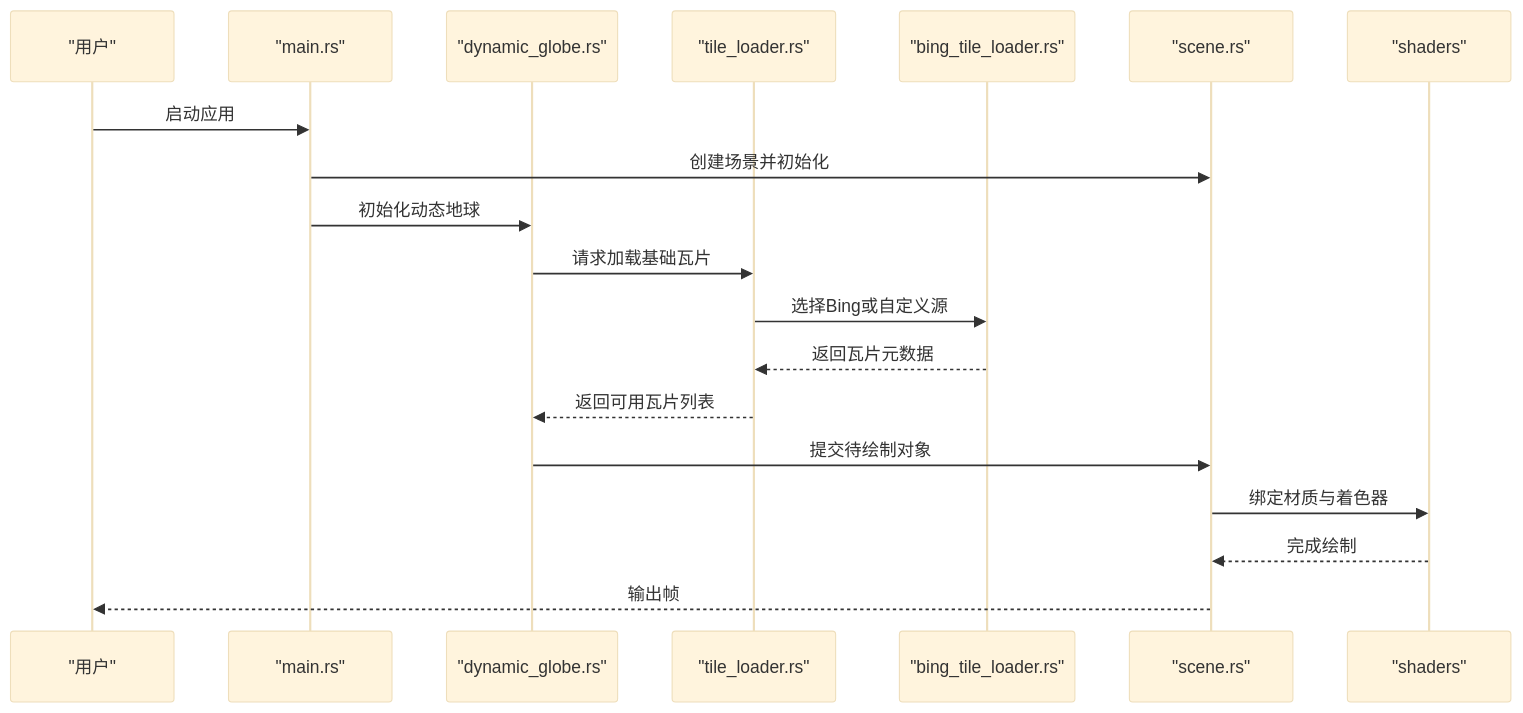
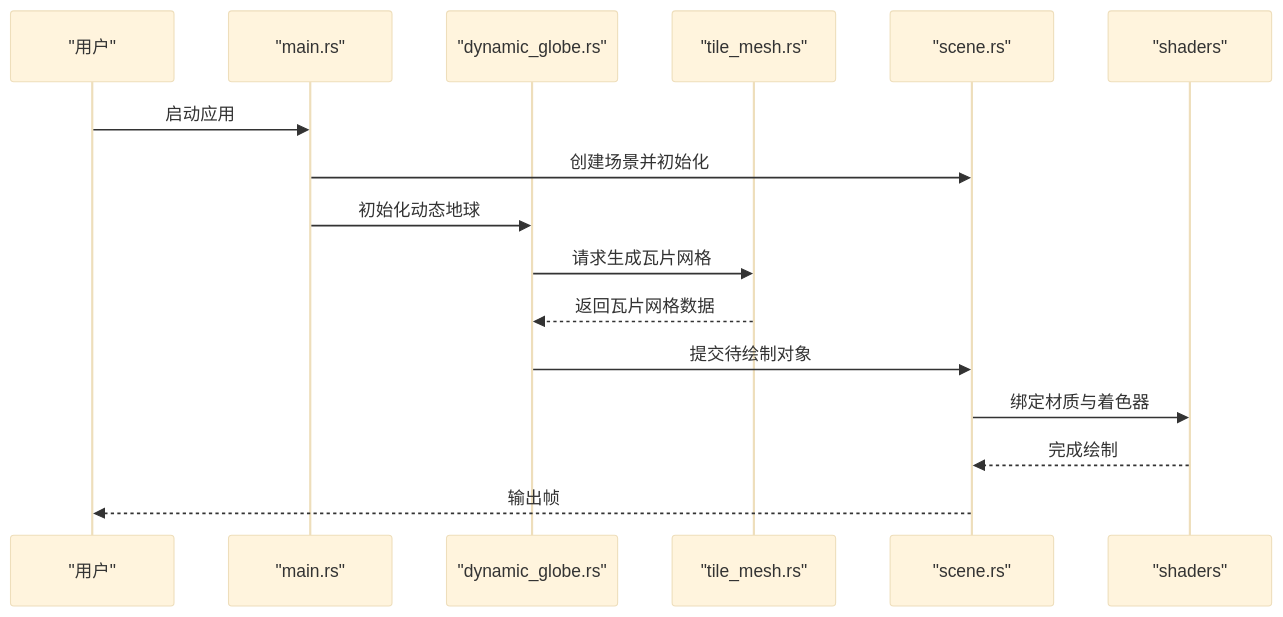
The third of 14 diagrams in .qoder/repowiki/zh/content/核心概念/渲染管线与场景图/动态地球渲染系统.md (rzhangjing/cesium), drawn with Mermaid (base theme) before and after one commit. The commit also changed other lines of this file and 6 other files, not shown here.

````diff
--- a/.qoder/repowiki/zh/content/核心概念/渲染管线与场景图/动态地球渲染系统.md
+++ b/.qoder/repowiki/zh/content/核心概念/渲染管线与场景图/动态地球渲染系统.md
@@ -185,21 +185,18 @@
 ```mermaid
 sequenceDiagram
 participant U as "用户"
 participant M as "main.rs"
 participant G as "dynamic_globe.rs"
-participant TL as "tile_loader.rs"
-participant BL as "bing_tile_loader.rs"
+participant TM as "tile_mesh.rs"
 participant SC as "scene.rs"
 participant SH as "shaders"
 U->>M : 启动应用
 M->>SC : 创建场景并初始化
 M->>G : 初始化动态地球
-G->>TL : 请求加载基础瓦片
-TL->>BL : 选择Bing或自定义源
-BL-->>TL : 返回瓦片元数据
-TL-->>G : 返回可用瓦片列表
+G->>TM : 请求生成瓦片网格
+TM-->>G : 返回瓦片网格数据
 G->>SC : 提交待绘制对象
 SC->>SH : 绑定材质与着色器
 SH-->>SC : 完成绘制
 SC-->>U : 输出帧
 ```
````
